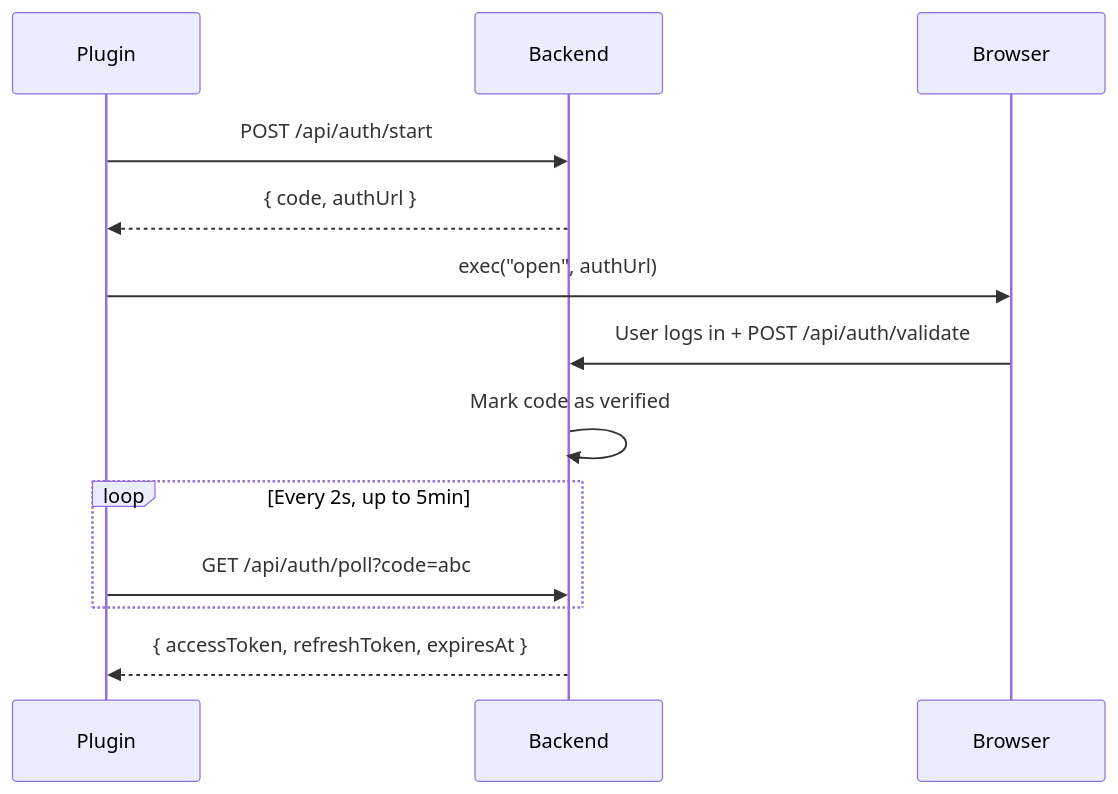
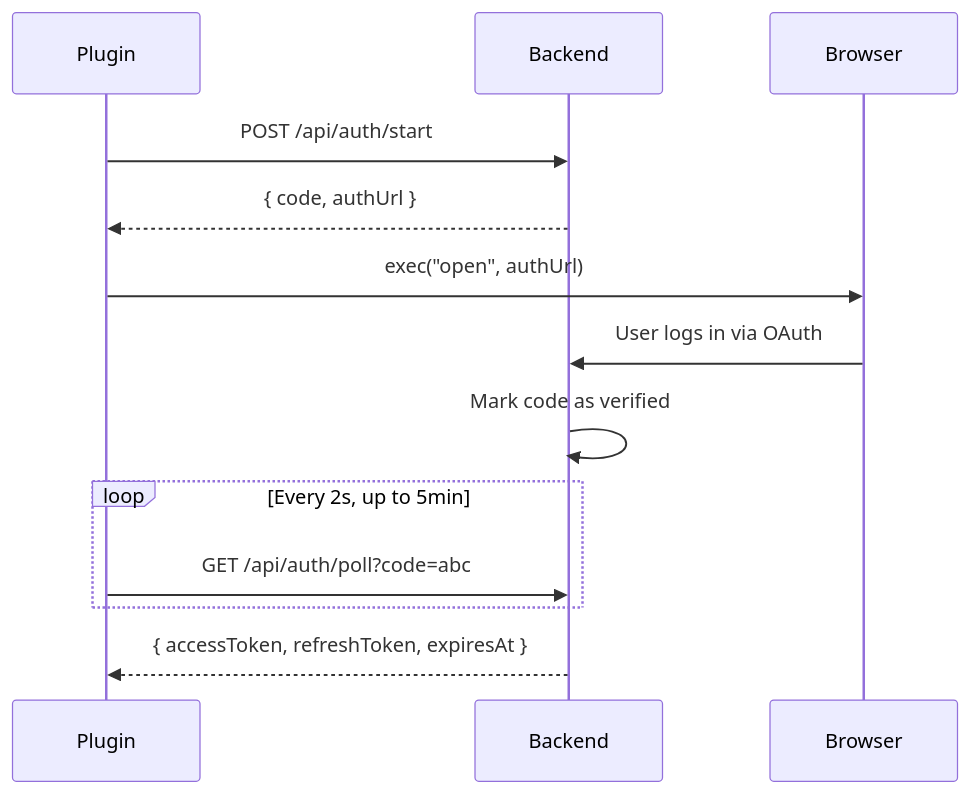
Before and after one commit to vtemian/blog.vtemian.com: the second of 3 diagrams in content/post/building-mcp-plugin-claudebin.md, drawn with Mermaid. The commit also changed other lines of this file, not shown here.

````diff
--- a/content/post/building-mcp-plugin-claudebin.md
+++ b/content/post/building-mcp-plugin-claudebin.md
@@ -107,16 +107,16 @@
 ```mermaid
 sequenceDiagram
     participant P as Plugin
     participant B as Backend
     participant Br as Browser
 
     P->>B: POST /api/auth/start
     B-->>P: { code, authUrl }
     P->>Br: exec("open", authUrl)
-    Br->>B: User logs in + POST /api/auth/validate
+    Br->>B: User logs in via OAuth
     B->>B: Mark code as verified
     loop Every 2s, up to 5min
         P->>B: GET /api/auth/poll?code=abc
     end
     B-->>P: { accessToken, refreshToken, expiresAt }
 ```
````
